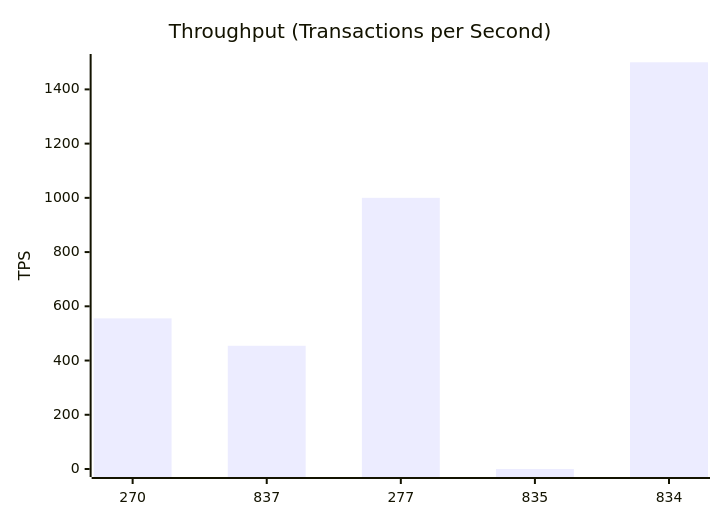
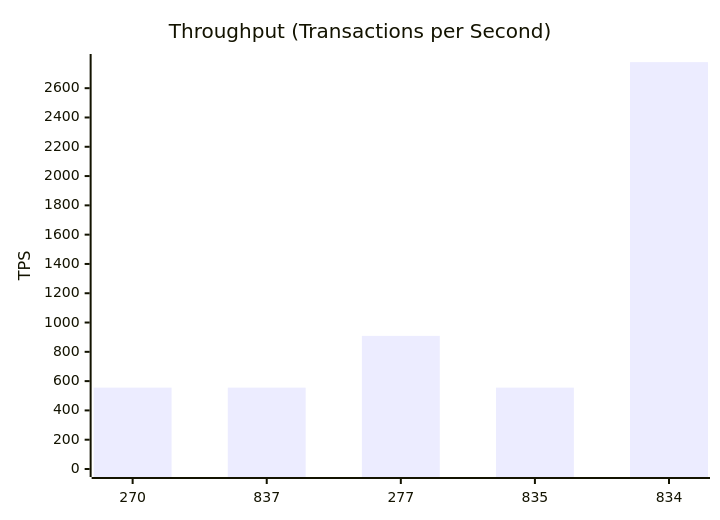
The second of 10 diagrams in test-tools/DataGen/src/Statistics_Visualizer.md (dhagan-va/intern-2025), drawn with Mermaid before and after one commit. The commit also changed other lines of this file and 2 other files, not shown here.

````diff
--- a/test-tools/DataGen/src/Statistics_Visualizer.md
+++ b/test-tools/DataGen/src/Statistics_Visualizer.md
@@ -30,7 +30,7 @@
 ```mermaid
 xychart-beta
     title "Throughput (Transactions per Second)"
     x-axis ["270", "837", "277", "835", "834"]
-    y-axis "TPS" 0 --> 1501.0
-    bar [555.5555555555555, 454.5041359876375, 1000.0, 0.0, 1500.0]
+    y-axis "TPS" 0 --> 2778.777777777778
+    bar [555.61729081009, 555.4938340184424, 909.008271975275, 555.61729081009, 2777.777777777778]
 ```
````
